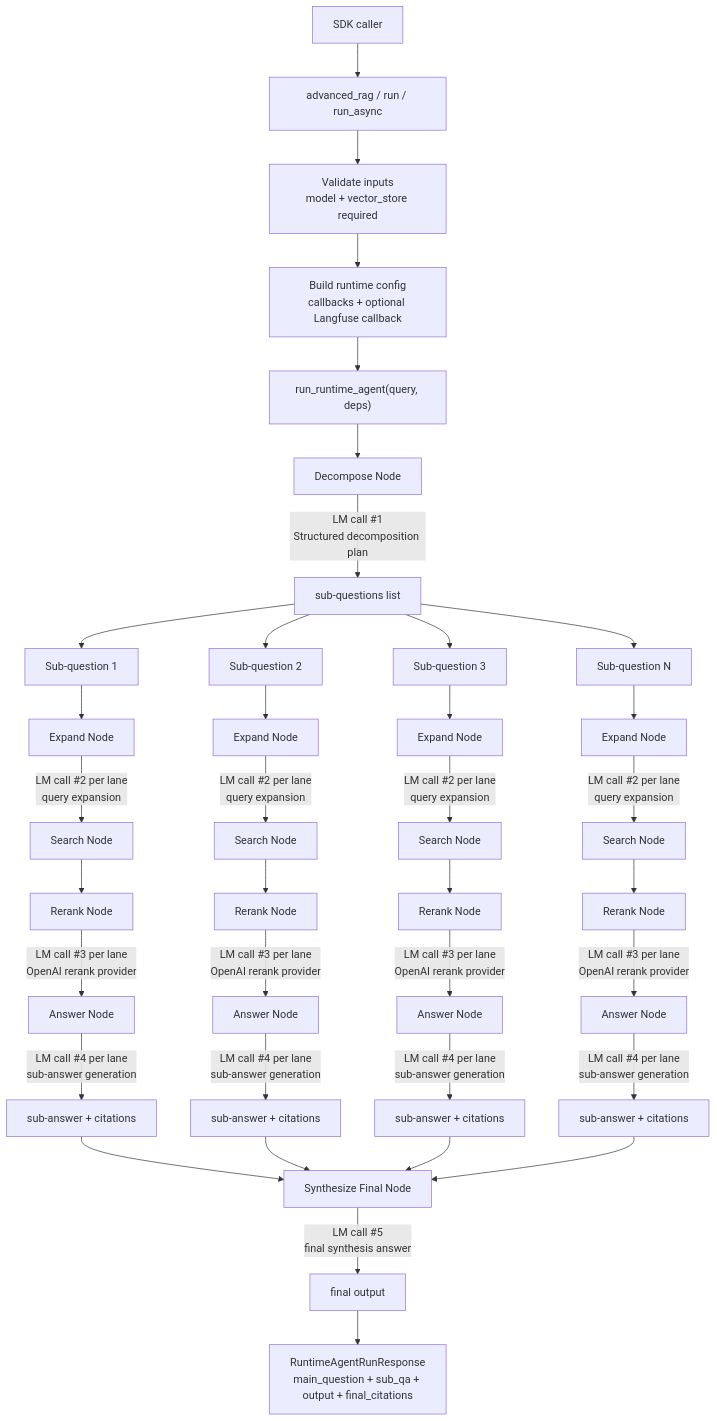
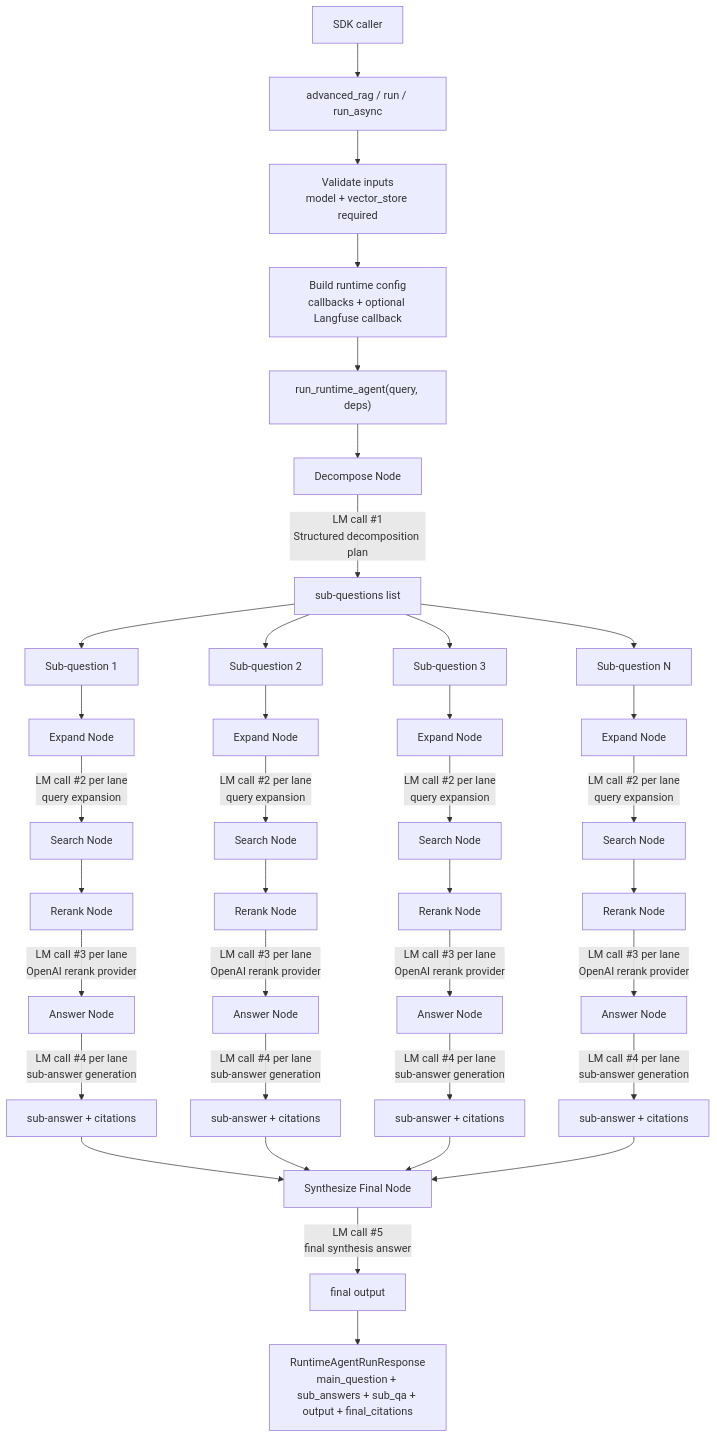
One commit to Nickbohm555/agent-search changed the diagram in README.md. Above: the diagram before and after it, drawn with Mermaid. The commit also changed other lines of this file and 3 other files, not shown here.

````diff
--- a/README.md
+++ b/README.md
@@ -120,47 +129,47 @@
 ```mermaid
 flowchart TD
     A["SDK caller"] --> B["advanced_rag / run / run_async"]
     B --> C["Validate inputs<br/>model + vector_store required"]
     C --> D["Build runtime config<br/>callbacks + optional Langfuse callback"]
     D --> E["run_runtime_agent(query, deps)"]
     E --> F["Decompose Node"]
     F -->|LM call #1<br/>Structured decomposition plan| G["sub-questions list"]
 
     G --> SQ1["Sub-question 1"]
     G --> SQ2["Sub-question 2"]
     G --> SQ3["Sub-question 3"]
     G --> SQN["Sub-question N"]
 
     SQ1 --> EX1["Expand Node"]
     SQ2 --> EX2["Expand Node"]
     SQ3 --> EX3["Expand Node"]
     SQN --> EXN["Expand Node"]
 
     EX1 -->|LM call #2 per lane<br/>query expansion| SR1["Search Node"]
     EX2 -->|LM call #2 per lane<br/>query expansion| SR2["Search Node"]
     EX3 -->|LM call #2 per lane<br/>query expansion| SR3["Search Node"]
     EXN -->|LM call #2 per lane<br/>query expansion| SRN["Search Node"]
 
     SR1 --> RR1["Rerank Node"]
     SR2 --> RR2["Rerank Node"]
     SR3 --> RR3["Rerank Node"]
     SRN --> RRN["Rerank Node"]
 
     RR1 -->|LM call #3 per lane<br/>OpenAI rerank provider| AN1["Answer Node"]
     RR2 -->|LM call #3 per lane<br/>OpenAI rerank provider| AN2["Answer Node"]
     RR3 -->|LM call #3 per lane<br/>OpenAI rerank provider| AN3["Answer Node"]
     RRN -->|LM call #3 per lane<br/>OpenAI rerank provider| ANN["Answer Node"]
 
     AN1 -->|LM call #4 per lane<br/>sub-answer generation| SA1["sub-answer + citations"]
     AN2 -->|LM call #4 per lane<br/>sub-answer generation| SA2["sub-answer + citations"]
     AN3 -->|LM call #4 per lane<br/>sub-answer generation| SA3["sub-answer + citations"]
     ANN -->|LM call #4 per lane<br/>sub-answer generation| SAN["sub-answer + citations"]
 
     SA1 --> R["Synthesize Final Node"]
     SA2 --> R
     SA3 --> R
     SAN --> R
 
     R -->|LM call #5<br/>final synthesis answer| S["final output"]
-    S --> T["RuntimeAgentRunResponse<br/>main_question + sub_qa + output + final_citations"]
+    S --> T["RuntimeAgentRunResponse<br/>main_question + sub_answers + sub_qa + output + final_citations"]
 ```
````
